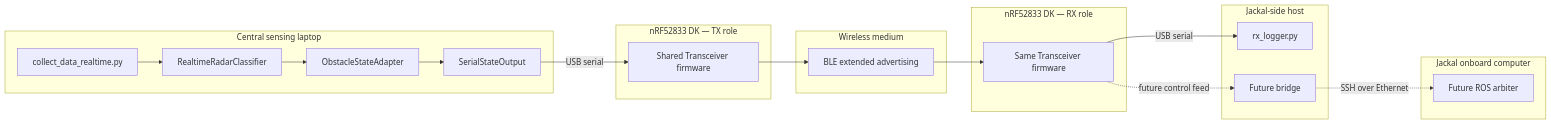
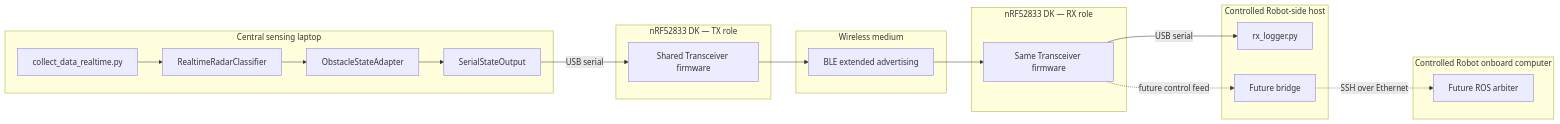
One commit to kirolossedra/RIS-Robotics changed diagram 19 of 21 in system/architecture.md. Above: the diagram before and after it, drawn with Mermaid. The commit also changed other lines of this file and 7 other files, not shown here.

````diff
--- a/system/architecture.md
+++ b/system/architecture.md
@@ -516,37 +531,37 @@
 ```mermaid
 flowchart LR
     subgraph CENTRAL[Central sensing laptop]
         ACQ[collect_data_realtime.py]
         CLS[RealtimeRadarClassifier]
         ADAPT[ObstacleStateAdapter]
         SOUT[SerialStateOutput]
     end
 
     subgraph TXBOARD[nRF52833 DK — TX role]
         TXFW[Shared Transceiver firmware]
     end
 
     subgraph AIR[Wireless medium]
         BLE[BLE extended advertising]
     end
 
     subgraph RXBOARD[nRF52833 DK — RX role]
         RXFW[Same Transceiver firmware]
     end
 
-    subgraph HOST[Jackal-side host]
+    subgraph HOST[Controlled Robot-side host]
         LOG[rx_logger.py]
         BRIDGE[Future bridge]
     end
 
-    subgraph JACKAL[Jackal onboard computer]
+    subgraph JACKAL[Controlled Robot onboard computer]
         ROS[Future ROS arbiter]
     end
 
     ACQ --> CLS --> ADAPT --> SOUT
     SOUT -->|USB serial| TXFW
     TXFW --> BLE --> RXFW
     RXFW -->|USB serial| LOG
     RXFW -. future control feed .-> BRIDGE
     BRIDGE -. SSH over Ethernet .-> ROS
 ```
````
